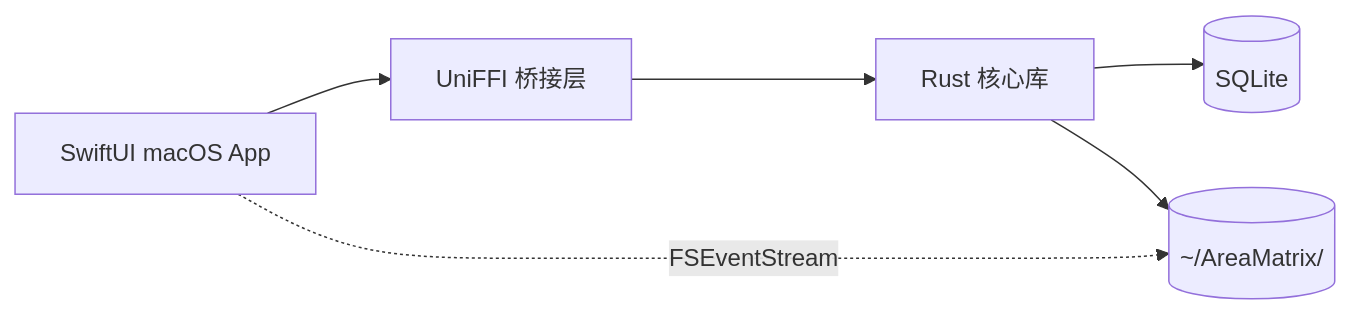
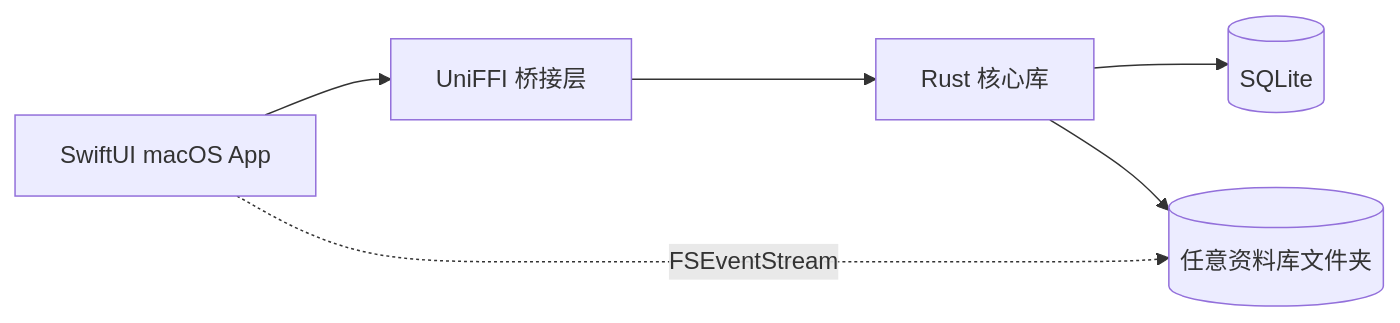
One commit to AreaSong/AreaMatrix changed the diagram in README.zh-CN.md. Above: the diagram before and after it, drawn with Mermaid. The commit also changed other lines of this file and 38 other files, not shown here.

````diff
--- a/README.zh-CN.md
+++ b/README.zh-CN.md
@@ -31,13 +32,13 @@
 ```mermaid
 flowchart LR
     UI[SwiftUI macOS App]
     FFI[UniFFI 桥接层]
     Core[Rust 核心库]
     DB[(SQLite)]
-    Repo[(~/AreaMatrix/)]
+    Repo[(任意资料库文件夹)]
 
     UI --> FFI --> Core
     Core --> DB
     Core --> Repo
     UI -.FSEventStream.-> Repo
 ```
````
